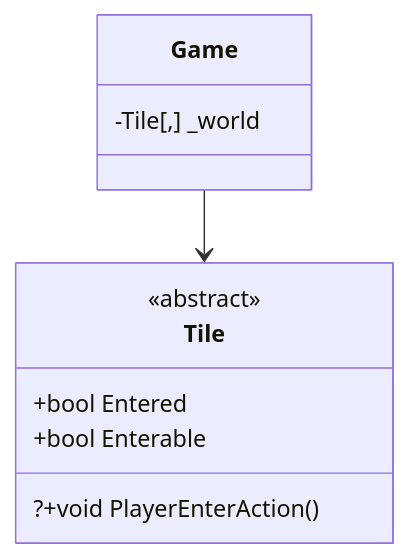
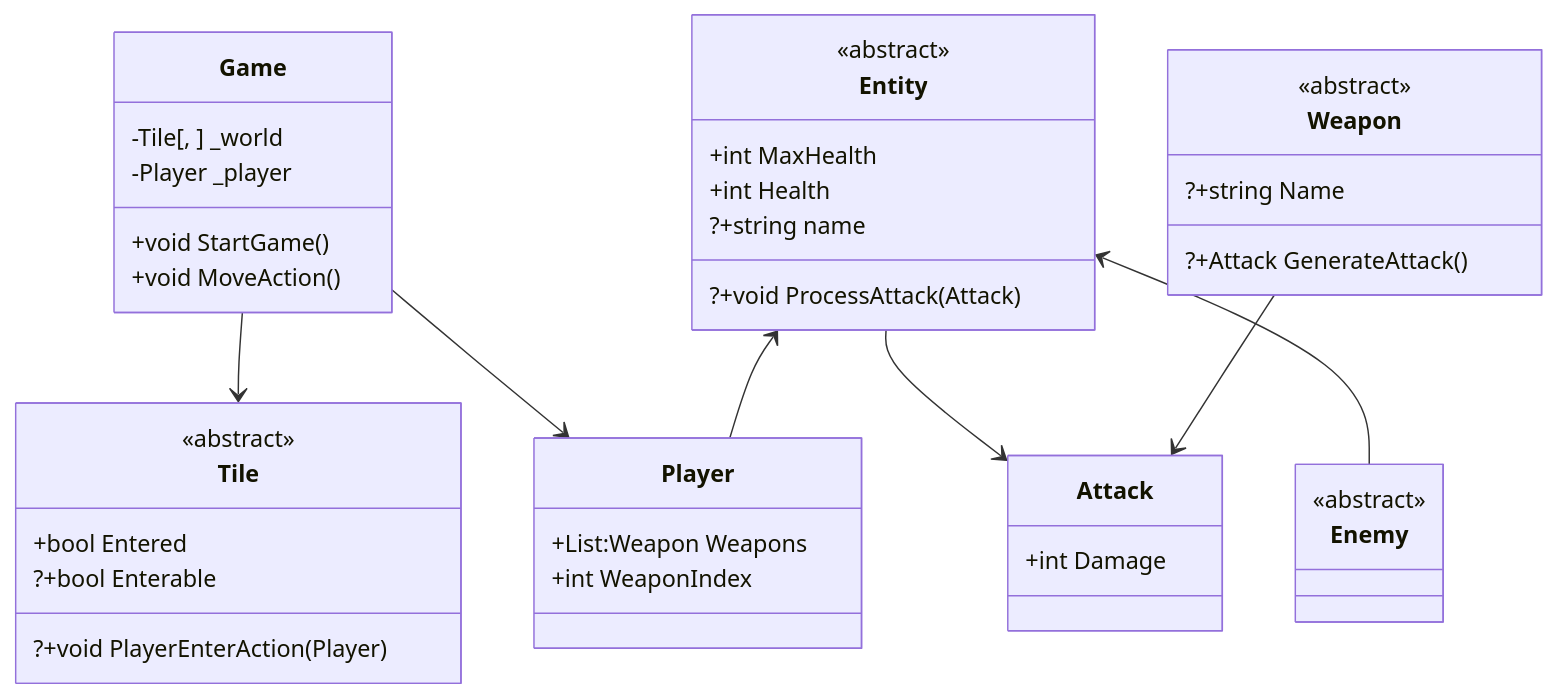
One commit to A-A-Tel/TheBizarreJourney changed the diagram in Diagram.mmd. Above: the diagram before and after it, drawn with Mermaid. The commit also changed 7 other files, not shown here.

Commit message:
UPDATE structure AND diagram

```diff
--- a/Diagram.mmd
+++ b/Diagram.mmd
@@ -1,15 +1,52 @@
 classDiagram
     class Game {
-        -Tile[,] _world
+        -Tile[, ] _world
+        -Player _player
         
+        +void StartGame()
+        +void MoveAction()
     }
     class Tile {
         <<abstract>>
         
         +bool Entered
-        +bool Enterable
+        ?+bool Enterable
         
-        ?+void PlayerEnterAction()
+        ?+void PlayerEnterAction(Player)
+    }
+    
+    class Entity {
+        <<abstract>>
+        +int MaxHealth
+        +int Health
+        ?+string name
+        
+        ?+void ProcessAttack(Attack)
+    }
+    class Player {
+        +List:Weapon Weapons
+        +int WeaponIndex
+    }
+    class Enemy {
+        <<abstract>>
+    }
+    
+    class Weapon {
+        <<abstract>>
+        ?+string Name
+        
+        ?+Attack GenerateAttack()
+    }
+    
+    class Attack {
+        +int Damage
     }
     
     Game --> Tile
+    Game --> Player
+    
+    Entity --> Attack
+    Entity <-- Player
+    Entity <-- Enemy
+    
+    Weapon --> Attack
```
